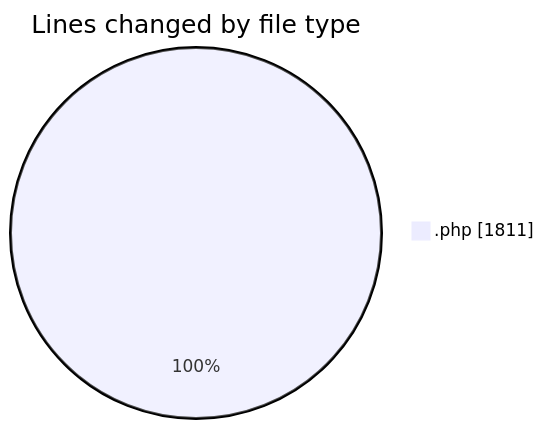
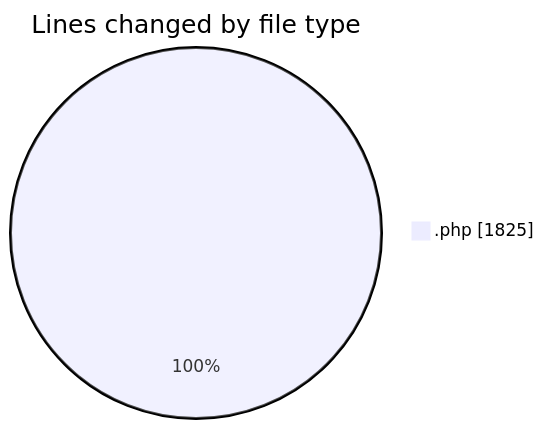
One commit to debugP/code-tracking changed the first of 2 diagrams in 2025-10-02/untitled__workspace_/README.md. Above: the diagram before and after it, drawn with Mermaid. The commit also changed other lines of this file and 1 other file, not shown here.

````diff
--- a/2025-10-02/untitled__workspace_/README.md
+++ b/2025-10-02/untitled__workspace_/README.md
@@ -21,5 +21,5 @@
 ```mermaid
 pie showData
 title Lines changed by file type
-".php" : 1811
+".php" : 1825
 ```
````
